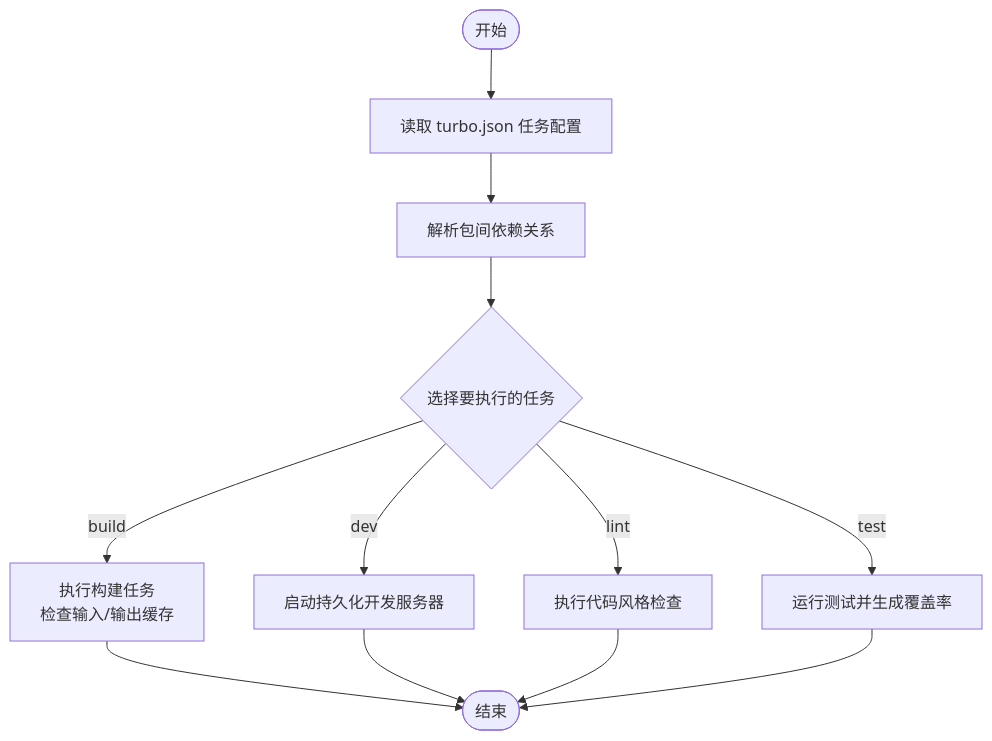
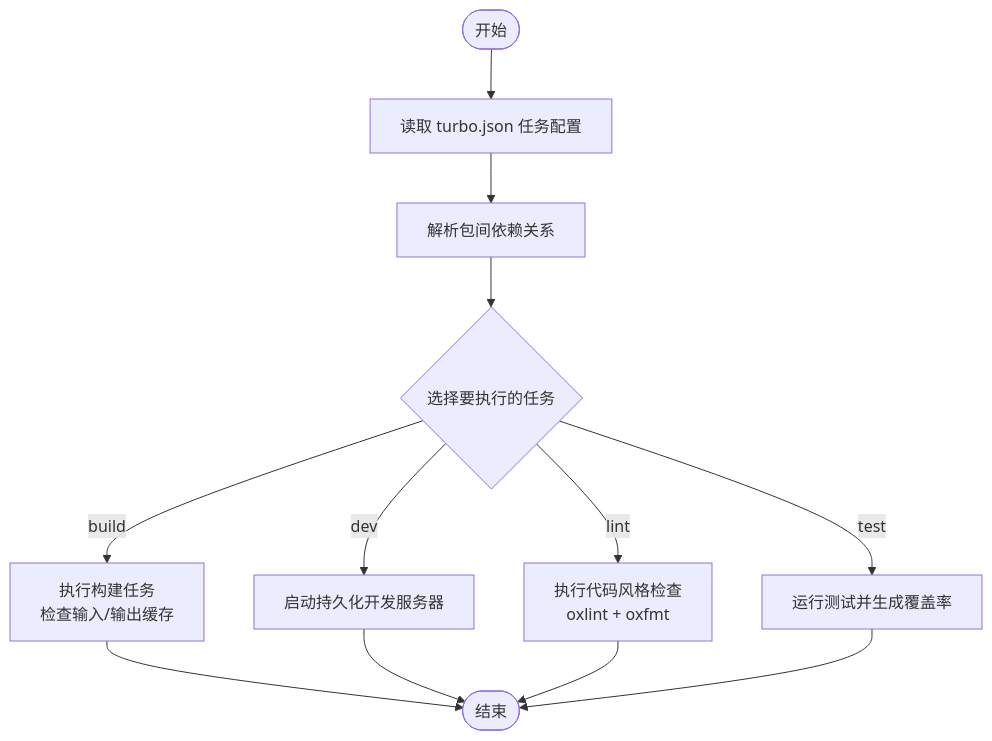
The third of 7 diagrams in .qoder/repowiki/zh/content/开发指南/开发指南.md (xixixiaoyu/Todo), drawn with Mermaid before and after one commit. The commit also changed other lines of this file and 6 other files, not shown here.

````diff
--- a/.qoder/repowiki/zh/content/开发指南/开发指南.md
+++ b/.qoder/repowiki/zh/content/开发指南/开发指南.md
@@ -179,14 +197,14 @@
 ```mermaid
 flowchart TD
 Start(["开始"]) --> ReadCfg["读取 turbo.json 任务配置"]
 ReadCfg --> ResolveDeps["解析包间依赖关系"]
 ResolveDeps --> SelectTasks{"选择要执行的任务"}
 SelectTasks --> |build| Build["执行构建任务<br/>检查输入/输出缓存"]
 SelectTasks --> |dev| Dev["启动持久化开发服务器"]
-SelectTasks --> |lint| Lint["执行代码风格检查"]
+SelectTasks --> |lint| Lint["执行代码风格检查<br/>oxlint + oxfmt"]
 SelectTasks --> |test| Test["运行测试并生成覆盖率"]
 Build --> End(["结束"])
 Dev --> End
 Lint --> End
 Test --> End
 ```
````
